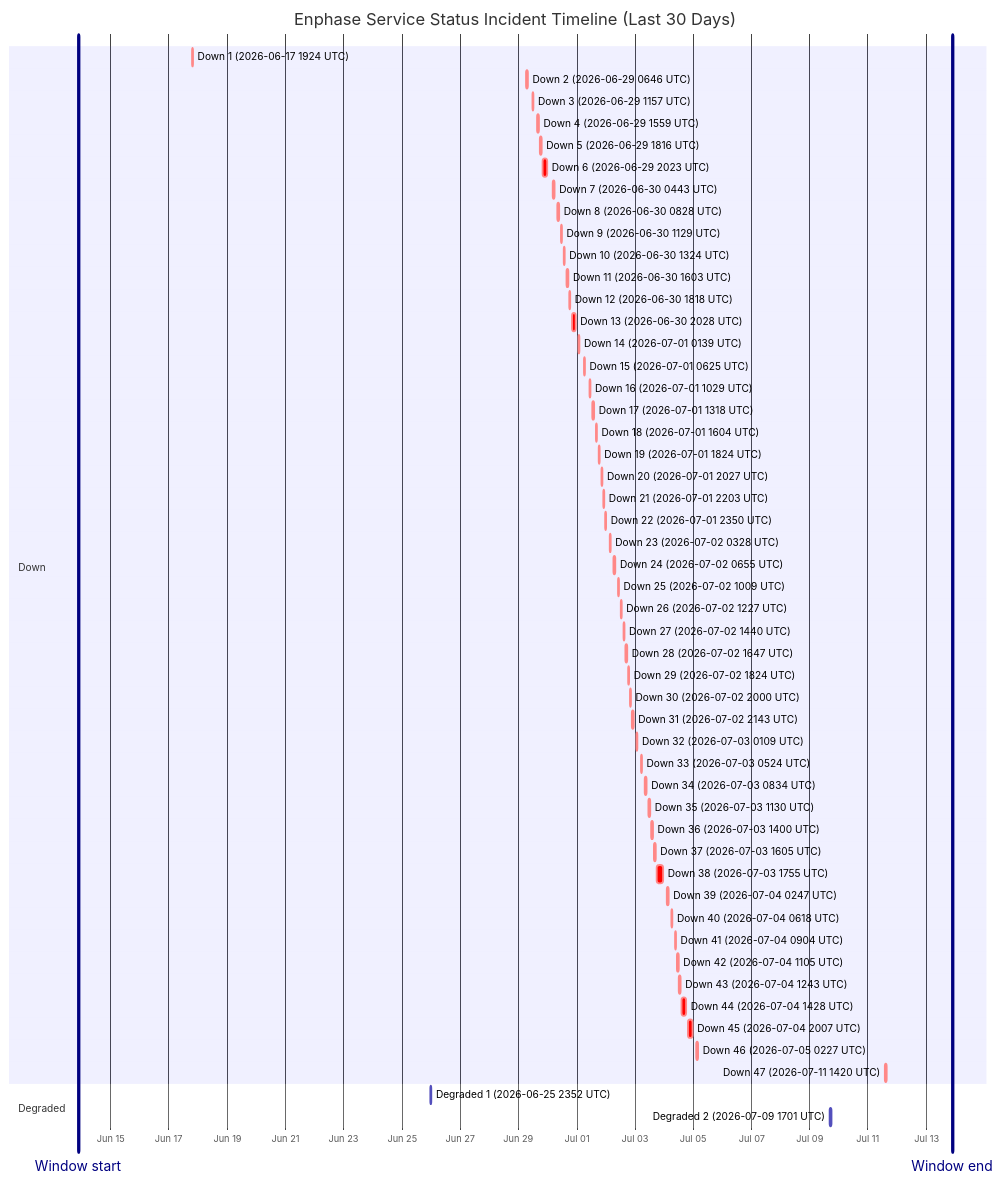
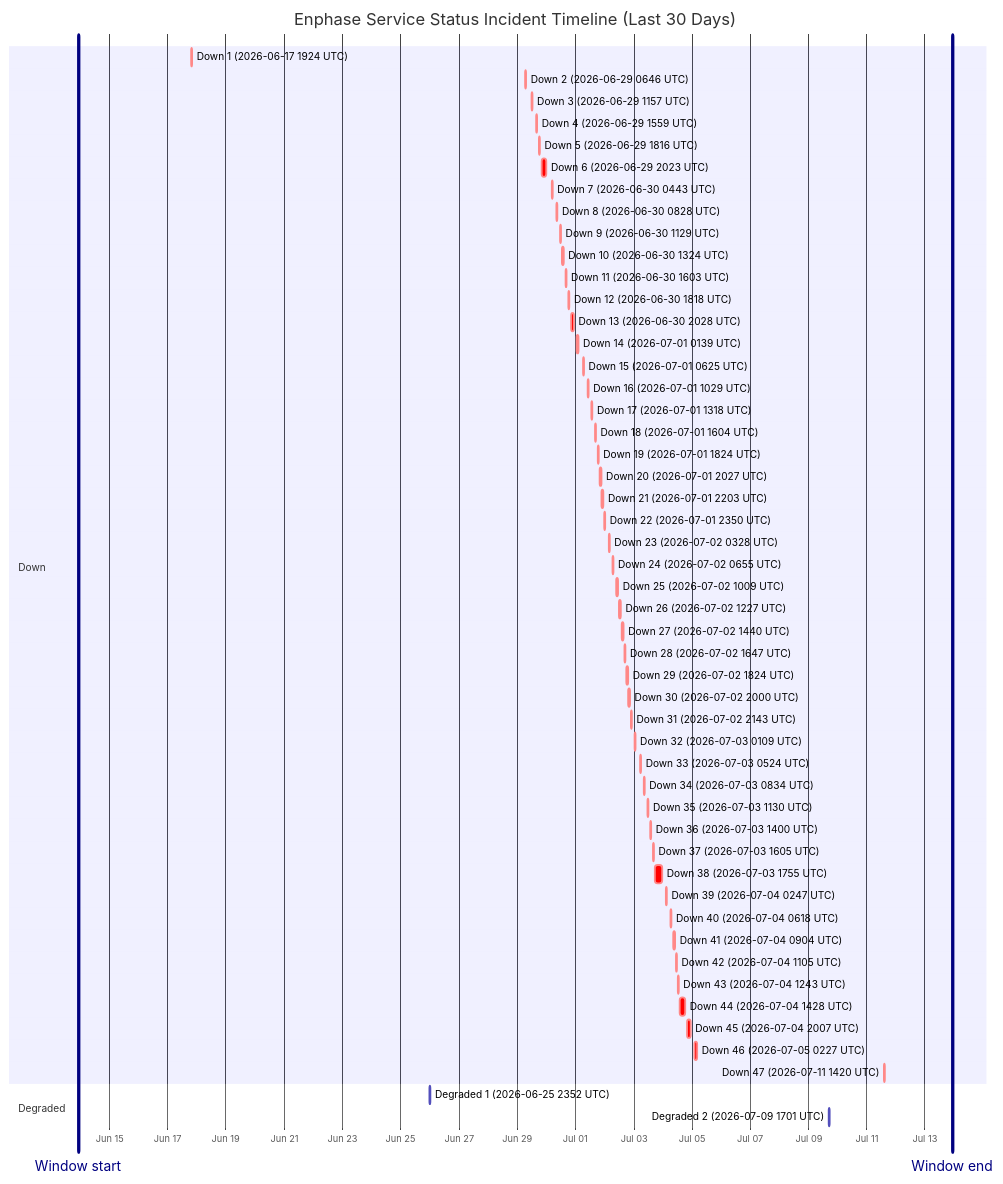
One commit to barneyonline/ha-enphase-energy changed the diagram in wiki/Service-Status-History.md. Above: the diagram before and after it, drawn with Mermaid. The commit also changed other lines of this file and 3 other files, not shown here.

````diff
--- a/wiki/Service-Status-History.md
+++ b/wiki/Service-Status-History.md
@@ -14,59 +14,59 @@
 ```mermaid
 gantt
     title Enphase Service Status Incident Timeline (Last 30 Days)
     dateFormat  YYYY-MM-DDTHH:mm:ss
     axisFormat  %b %d
-    Window start :vert, window-start, 2026-06-13T21:28:31, 0ms
-    Window end :vert, window-end, 2026-07-13T21:28:31, 0ms
+    Window start :vert, window-start, 2026-06-13T22:30:11, 0ms
+    Window end :vert, window-end, 2026-07-13T22:30:11, 0ms
     section Down
     Down 1 (2026-06-17 1924 UTC) :crit, down-1, 2026-06-17T19:24:51, 60m
     Down 2 (2026-06-29 0646 UTC) :crit, down-2, 2026-06-29T06:46:18, 60m
     Down 3 (2026-06-29 1157 UTC) :crit, down-3, 2026-06-29T11:57:36, 60m
     Down 4 (2026-06-29 1559 UTC) :crit, down-4, 2026-06-29T15:59:02, 60m
     Down 5 (2026-06-29 1816 UTC) :crit, down-5, 2026-06-29T18:16:38, 60m
     Down 6 (2026-06-29 2023 UTC) :crit, down-6, 2026-06-29T20:23:16, 220m
     Down 7 (2026-06-30 0443 UTC) :crit, down-7, 2026-06-30T04:43:54, 60m
     Down 8 (2026-06-30 0828 UTC) :crit, down-8, 2026-06-30T08:28:43, 60m
     Down 9 (2026-06-30 1129 UTC) :crit, down-9, 2026-06-30T11:29:15, 60m
     Down 10 (2026-06-30 1324 UTC) :crit, down-10, 2026-06-30T13:24:25, 60m
     Down 11 (2026-06-30 1603 UTC) :crit, down-11, 2026-06-30T16:03:26, 60m
     Down 12 (2026-06-30 1818 UTC) :crit, down-12, 2026-06-30T18:18:39, 60m
     Down 13 (2026-06-30 2028 UTC) :crit, down-13, 2026-06-30T20:28:54, 171m
     Down 14 (2026-07-01 0139 UTC) :crit, down-14, 2026-07-01T01:39:18, 60m
     Down 15 (2026-07-01 0625 UTC) :crit, down-15, 2026-07-01T06:25:35, 60m
     Down 16 (2026-07-01 1029 UTC) :crit, down-16, 2026-07-01T10:29:24, 60m
     Down 17 (2026-07-01 1318 UTC) :crit, down-17, 2026-07-01T13:18:31, 60m
     Down 18 (2026-07-01 1604 UTC) :crit, down-18, 2026-07-01T16:04:29, 60m
     Down 19 (2026-07-01 1824 UTC) :crit, down-19, 2026-07-01T18:24:21, 60m
     Down 20 (2026-07-01 2027 UTC) :crit, down-20, 2026-07-01T20:27:17, 60m
     Down 21 (2026-07-01 2203 UTC) :crit, down-21, 2026-07-01T22:03:46, 60m
     Down 22 (2026-07-01 2350 UTC) :crit, down-22, 2026-07-01T23:50:52, 60m
     Down 23 (2026-07-02 0328 UTC) :crit, down-23, 2026-07-02T03:28:33, 60m
     Down 24 (2026-07-02 0655 UTC) :crit, down-24, 2026-07-02T06:55:07, 60m
     Down 25 (2026-07-02 1009 UTC) :crit, down-25, 2026-07-02T10:09:15, 60m
     Down 26 (2026-07-02 1227 UTC) :crit, down-26, 2026-07-02T12:27:49, 60m
     Down 27 (2026-07-02 1440 UTC) :crit, down-27, 2026-07-02T14:40:53, 60m
     Down 28 (2026-07-02 1647 UTC) :crit, down-28, 2026-07-02T16:47:47, 60m
     Down 29 (2026-07-02 1824 UTC) :crit, down-29, 2026-07-02T18:24:26, 60m
     Down 30 (2026-07-02 2000 UTC) :crit, down-30, 2026-07-02T20:00:57, 60m
     Down 31 (2026-07-02 2143 UTC) :crit, down-31, 2026-07-02T21:43:52, 80m
     Down 32 (2026-07-03 0109 UTC) :crit, down-32, 2026-07-03T01:09:19, 60m
     Down 33 (2026-07-03 0524 UTC) :crit, down-33, 2026-07-03T05:24:23, 60m
     Down 34 (2026-07-03 0834 UTC) :crit, down-34, 2026-07-03T08:34:05, 60m
     Down 35 (2026-07-03 1130 UTC) :crit, down-35, 2026-07-03T11:30:41, 60m
     Down 36 (2026-07-03 1400 UTC) :crit, down-36, 2026-07-03T14:00:48, 60m
     Down 37 (2026-07-03 1605 UTC) :crit, down-37, 2026-07-03T16:05:49, 60m
     Down 38 (2026-07-03 1755 UTC) :crit, down-38, 2026-07-03T17:55:54, 338m
     Down 39 (2026-07-04 0247 UTC) :crit, down-39, 2026-07-04T02:47:22, 60m
     Down 40 (2026-07-04 0618 UTC) :crit, down-40, 2026-07-04T06:18:09, 60m
     Down 41 (2026-07-04 0904 UTC) :crit, down-41, 2026-07-04T09:04:41, 60m
     Down 42 (2026-07-04 1105 UTC) :crit, down-42, 2026-07-04T11:05:21, 60m
     Down 43 (2026-07-04 1243 UTC) :crit, down-43, 2026-07-04T12:43:25, 60m
     Down 44 (2026-07-04 1428 UTC) :crit, down-44, 2026-07-04T14:28:07, 243m
     Down 45 (2026-07-04 2007 UTC) :crit, down-45, 2026-07-04T20:07:50, 206m
     Down 46 (2026-07-05 0227 UTC) :crit, down-46, 2026-07-05T02:27:32, 109m
     Down 47 (2026-07-11 1420 UTC) :crit, down-47, 2026-07-11T14:20:54, 69m
     section Degraded
     Degraded 1 (2026-06-25 2352 UTC) :active, degraded-1, 2026-06-25T23:52:01, 60m
     Degraded 2 (2026-07-09 1701 UTC) :active, degraded-2, 2026-07-09T17:01:02, 60m
 ```
````
